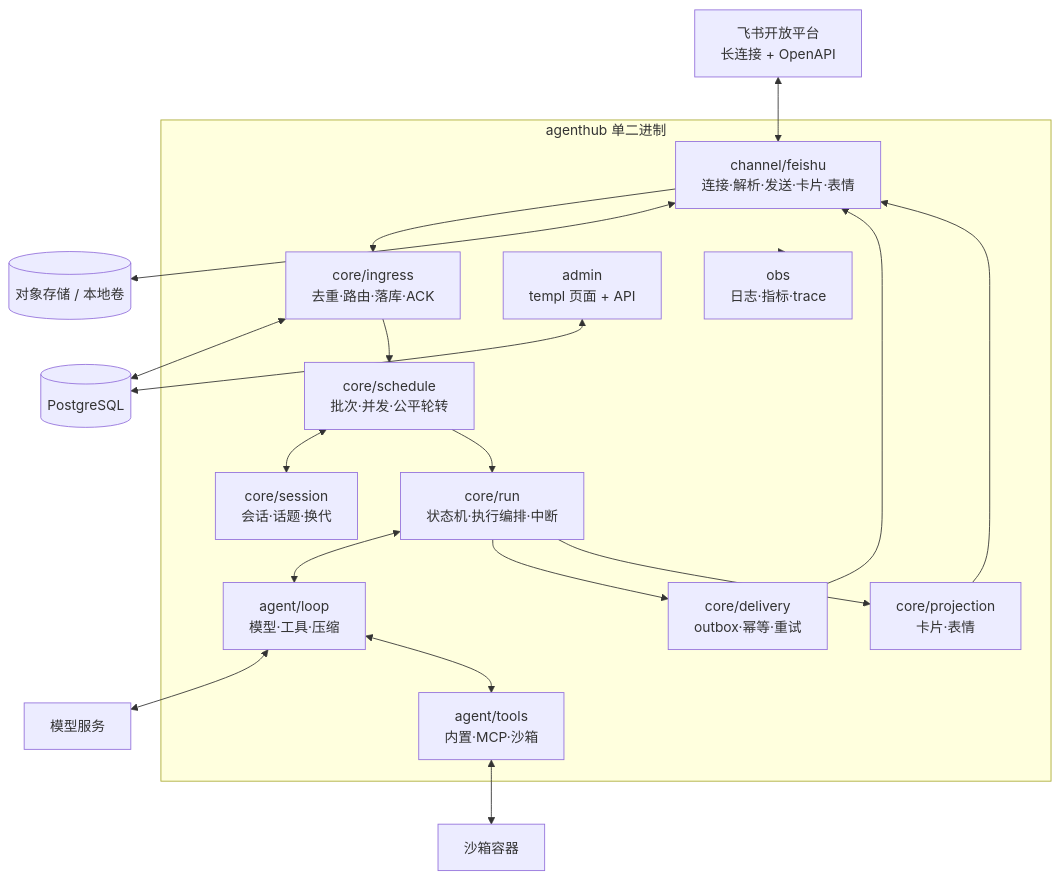
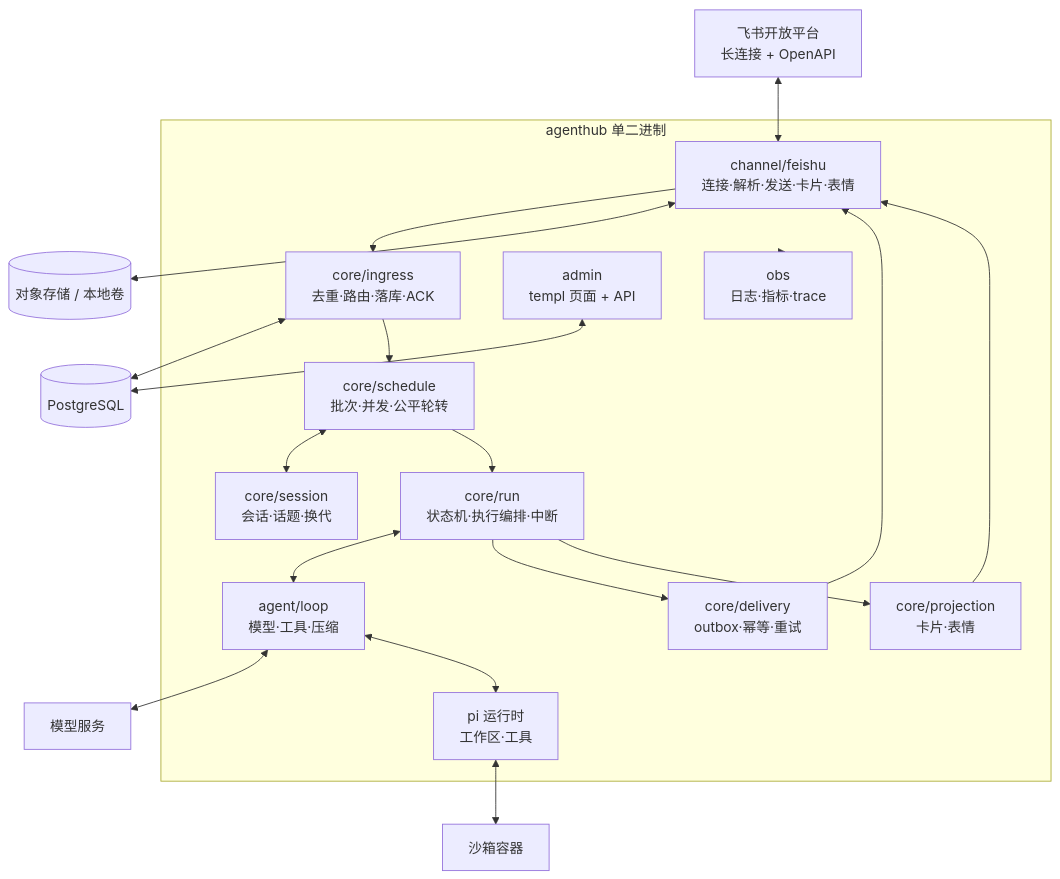
Before and after one commit to dongdonglog/Agenthub: the first of 2 diagrams in docs/architecture.md, drawn with Mermaid. The commit also changed other lines of this file and 12 other files, not shown here.

````diff
--- a/docs/architecture.md
+++ b/docs/architecture.md
@@ -13,39 +13,39 @@
 ```mermaid
 flowchart TB
     FS["飞书开放平台<br/>长连接 + OpenAPI"]
     subgraph APP["agenthub 单二进制"]
         CH["channel/feishu<br/>连接·解析·发送·卡片·表情"]
         IN["core/ingress<br/>去重·路由·落库·ACK"]
         SE["core/session<br/>会话·话题·换代"]
         SC["core/schedule<br/>批次·并发·公平轮转"]
         RU["core/run<br/>状态机·执行编排·中断"]
         DE["core/delivery<br/>outbox·幂等·重试"]
         PR["core/projection<br/>卡片·表情"]
         AG["agent/loop<br/>模型·工具·压缩"]
-        TL["agent/tools<br/>内置·MCP·沙箱"]
+        TL["pi 运行时<br/>工作区·工具"]
         AD["admin<br/>templ 页面 + API"]
         OB["obs<br/>日志·指标·trace"]
     end
     PG[("PostgreSQL")]
     S3[("对象存储 / 本地卷")]
     LLM["模型服务"]
     SB["沙箱容器"]
 
     FS <--> CH
     CH --> IN
     IN <--> PG
     IN --> SC
     SC <--> SE
     SC --> RU
     RU <--> AG
     AG <--> LLM
     AG <--> TL
     TL <--> SB
     CH <--> S3
     RU --> DE
     DE --> CH
     RU --> PR
     PR --> CH
     AD <--> PG
     APP --> OB
 ```
````
